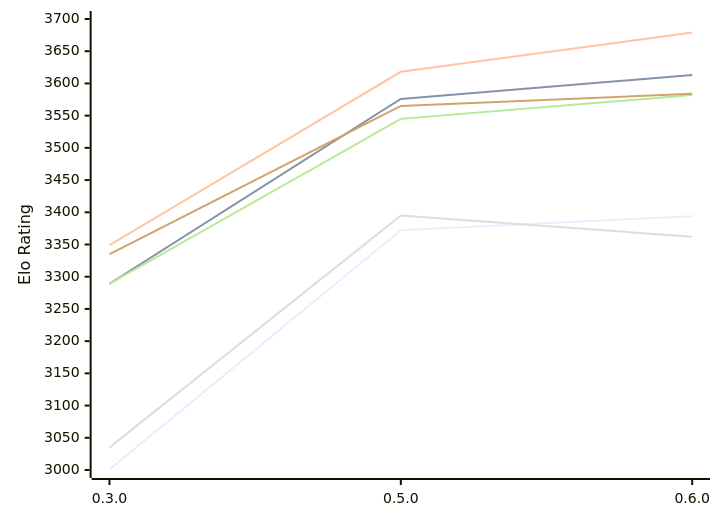
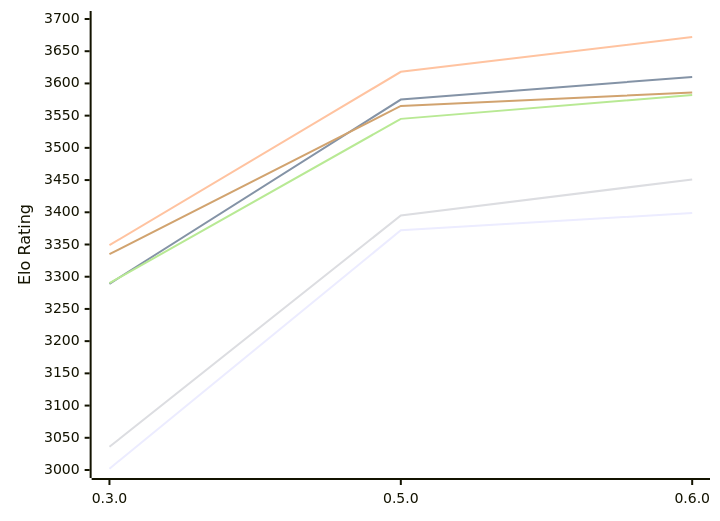
Before and after one commit to computer-chess-index/cci: the first of 2 diagrams in engines/Justbot.md, drawn with Mermaid. The commit also changed other lines of this file, not shown here.

Commit message:
Update CCI Ratings (ELO VLTC) - 2026-11-27

````diff
--- a/engines/Justbot.md
+++ b/engines/Justbot.md
@@ -55,12 +55,12 @@
 ```mermaid
 %%{init: {"theme":"base","themeVariables":{"seriesColors:['#a3a3a3','#222221','#faa371']}}}%%
 xychart-beta
   x-axis ["0.3.0", "0.5.0", "0.6.0"]
   y-axis "Elo Rating" 3000 --> 3700
-  line "E1: STC (8.0+0.08s)" [3001, 3372, 3394]
-  line "E1: LTC (60.0+0.60s)" [3289, 3576, 3613]
-  line "E1: VLTC (2m24s+1.12s)" [3349, 3618, 3679]
-  line "P1: STC (8.0+0.08s)" [3035, 3395, 3362]
-  line "P1: LTC (60.0+0.60s)" [3289, 3545, 3582]
-  line "P1: VLTC (2m24s+1.12s)" [3335, 3565, 3584]
+  line "E1: STC (8.0+0.08s)" [3002, 3372, 3399]
+  line "E1: LTC (60.0+0.60s)" [3289, 3575, 3610]
+  line "E1: VLTC (2m24s+1.12s)" [3349, 3618, 3672]
+  line "P1: STC (8.0+0.08s)" [3036, 3395, 3451]
+  line "P1: LTC (60.0+0.60s)" [3290, 3545, 3582]
+  line "P1: VLTC (2m24s+1.12s)" [3335, 3565, 3586]
 ```
````
